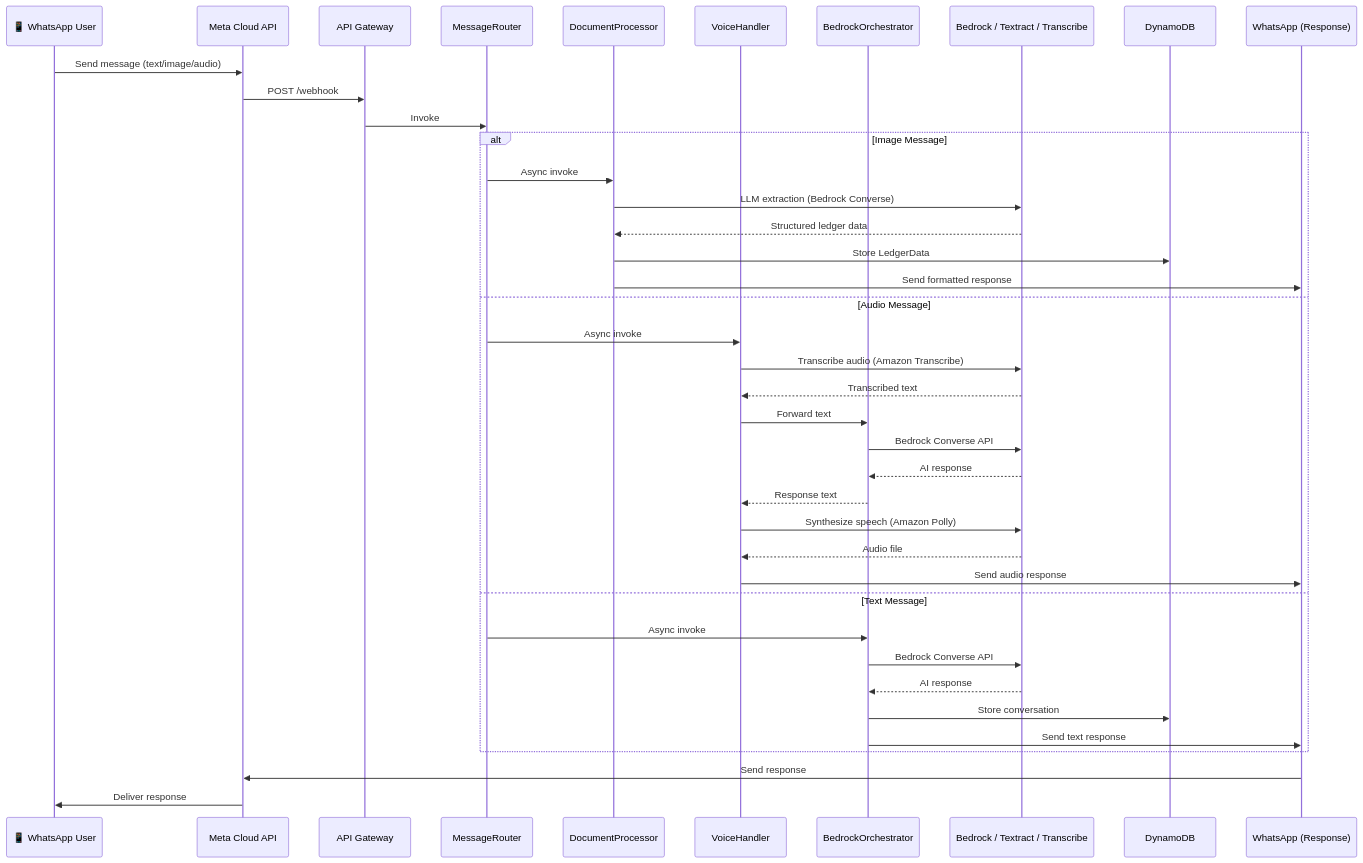
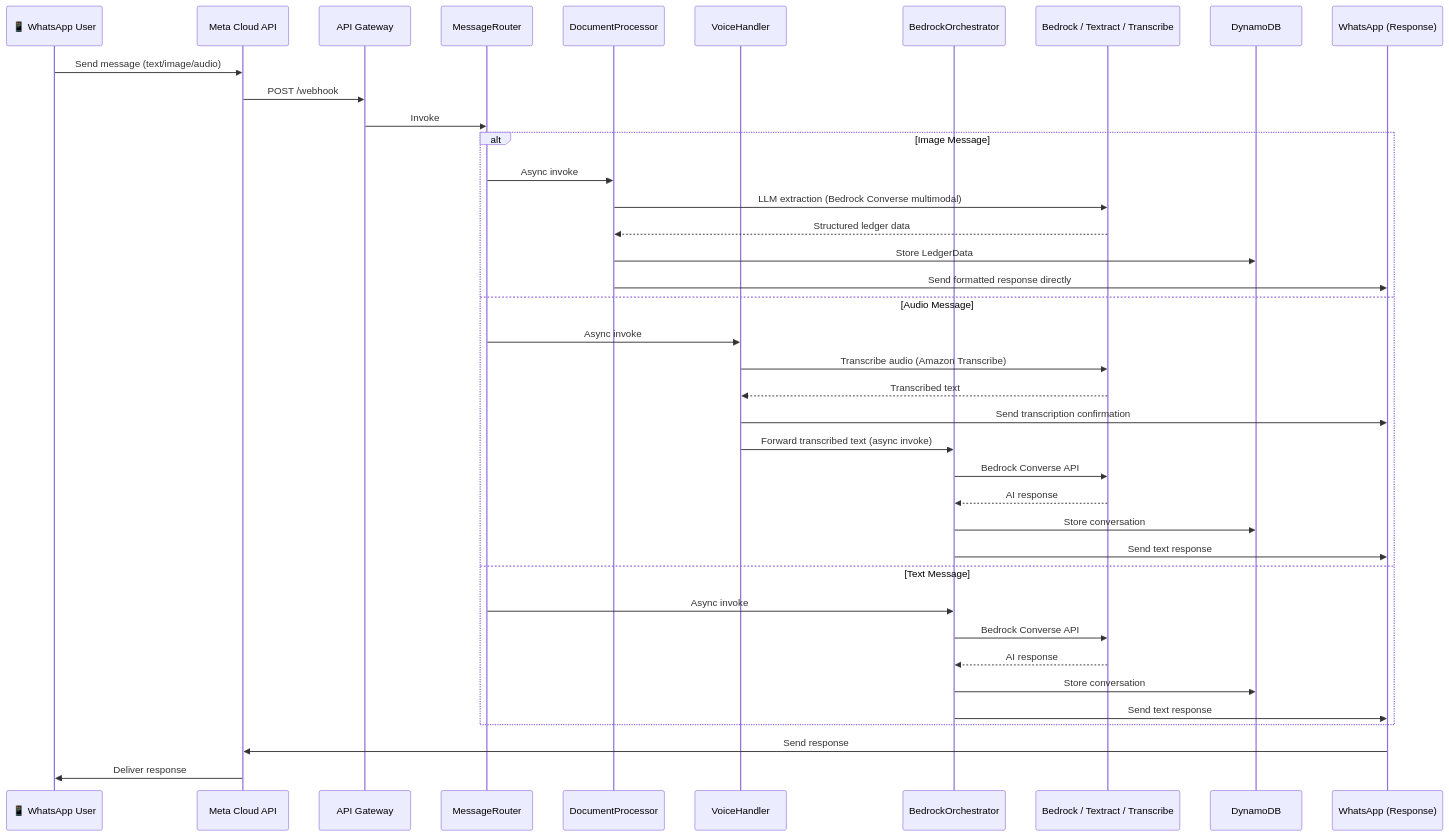
One commit to hackergod00001/Kisan-Setu changed the seventh of 11 diagrams in architecture.md. Above: the diagram before and after it, drawn with Mermaid. The commit also changed other lines of this file and 1260 other files, not shown here.

First line of the commit message:
WIP: Architecture fixes and improvements for Phase 0

````diff
--- a/architecture.md
+++ b/architecture.md
@@ -497,45 +674,44 @@
 ```mermaid
 sequenceDiagram
     participant User as 📱 WhatsApp User
     participant Meta as Meta Cloud API
     participant APIGW as API Gateway
     participant Router as MessageRouter
     participant DocProc as DocumentProcessor
     participant Voice as VoiceHandler
     participant Orch as BedrockOrchestrator
     participant AI as Bedrock / Textract / Transcribe
     participant DB as DynamoDB
     participant WA as WhatsApp (Response)
 
     User->>Meta: Send message (text/image/audio)
     Meta->>APIGW: POST /webhook
     APIGW->>Router: Invoke
 
     alt Image Message
         Router->>DocProc: Async invoke
-        DocProc->>AI: LLM extraction (Bedrock Converse)
+        DocProc->>AI: LLM extraction (Bedrock Converse multimodal)
         AI-->>DocProc: Structured ledger data
         DocProc->>DB: Store LedgerData
-        DocProc->>WA: Send formatted response
+        DocProc->>WA: Send formatted response directly
     else Audio Message
         Router->>Voice: Async invoke
         Voice->>AI: Transcribe audio (Amazon Transcribe)
         AI-->>Voice: Transcribed text
-        Voice->>Orch: Forward text
+        Voice->>WA: Send transcription confirmation
+        Voice->>Orch: Forward transcribed text (async invoke)
         Orch->>AI: Bedrock Converse API
         AI-->>Orch: AI response
-        Orch-->>Voice: Response text
-        Voice->>AI: Synthesize speech (Amazon Polly)
-        AI-->>Voice: Audio file
-        Voice->>WA: Send audio response
+        Orch->>DB: Store conversation
+        Orch->>WA: Send text response
     else Text Message
         Router->>Orch: Async invoke
         Orch->>AI: Bedrock Converse API
         AI-->>Orch: AI response
         Orch->>DB: Store conversation
         Orch->>WA: Send text response
     end
 
     WA->>Meta: Send response
     Meta->>User: Deliver response
 ```
````
